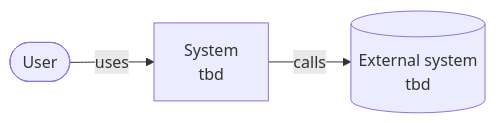
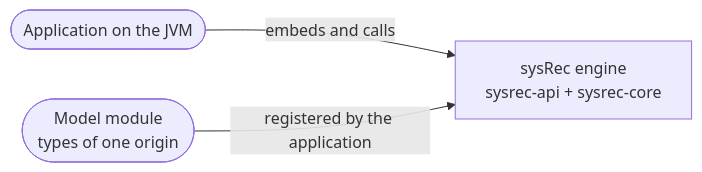
One commit to enricoag1982/Cairn changed the first of 2 diagrams in docs/architecture/README.md. Above: the diagram before and after it, drawn with Mermaid. The commit also changed other lines of this file and 10 other files, not shown here.

First line of the commit message:
docs: describe the schema API and sync specs with the implementation

````diff
--- a/docs/architecture/README.md
+++ b/docs/architecture/README.md
@@ -33,5 +33,5 @@
 ```mermaid
 flowchart LR
-    user([User]) -->|uses| system[System<br/>tbd]
-    system -->|calls| ext[(External system<br/>tbd)]
+    app([Application on the JVM]) -->|embeds and calls| sysrec[sysRec engine<br/>sysrec-api + sysrec-core]
+    model([Model module<br/>types of one origin]) -->|registered by the application| sysrec
 ```
````
